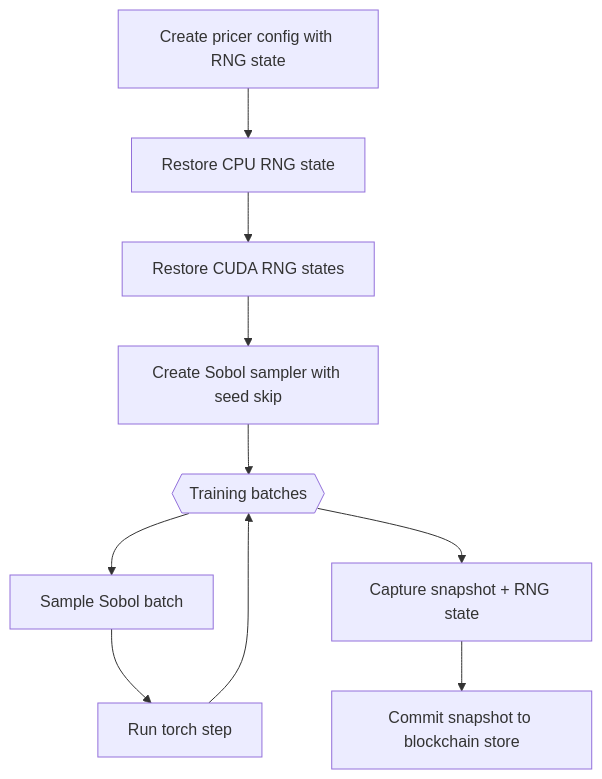
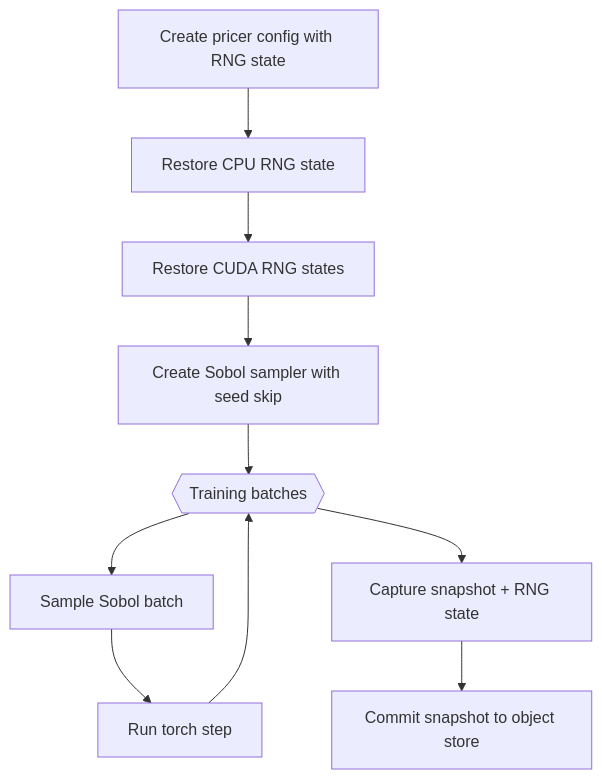
Before and after one commit to Tuee22/SpectralMC: the second of 5 diagrams in documents/engineering/reproducibility_proofs.md, drawn with Mermaid. The commit also changed other lines of this file and 56 other files, not shown here.

````diff
--- a/documents/engineering/reproducibility_proofs.md
+++ b/documents/engineering/reproducibility_proofs.md
@@ -193,16 +201,16 @@
 ```mermaid
 flowchart TB
     Start[Create pricer config with RNG state]
     RestoreCPU[Restore CPU RNG state]
     RestoreCUDA[Restore CUDA RNG states]
     InitSobol[Create Sobol sampler with seed skip]
     TrainingLoop{{Training batches}}
     SampleSobol[Sample Sobol batch]
     StepModel[Run torch step]
     Snapshot[Capture snapshot + RNG state]
-    Commit[Commit snapshot to blockchain store]
+    Commit[Commit snapshot to object store]
 
     Start --> RestoreCPU --> RestoreCUDA --> InitSobol --> TrainingLoop
     TrainingLoop --> SampleSobol --> StepModel --> TrainingLoop
     TrainingLoop --> Snapshot --> Commit
 ```
````
